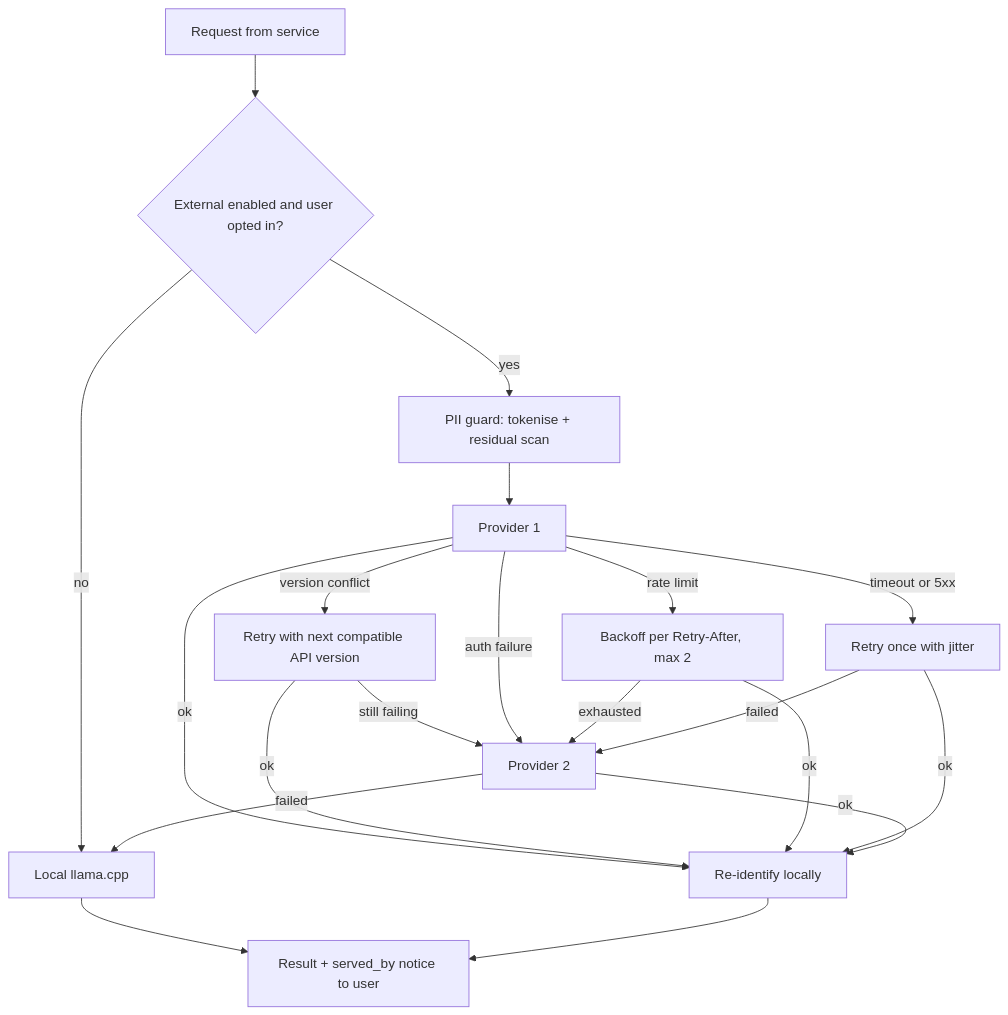
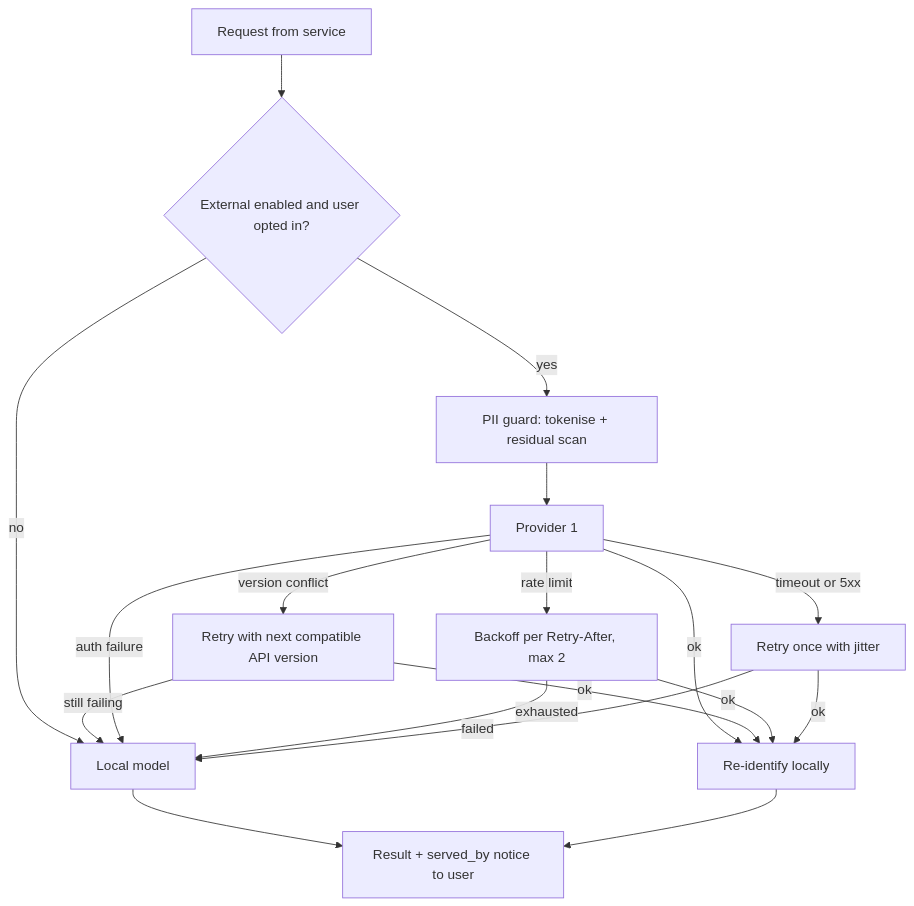
One commit to Cognition-Partner-Workshops/PerfectFitCandidate changed the fifth of 6 diagrams in PFC/docs/TDD.md. Above: the diagram before and after it, drawn with Mermaid. The commit also changed other lines of this file and 10 other files, not shown here.

````diff
--- a/PFC/docs/TDD.md
+++ b/PFC/docs/TDD.md
@@ -1272,22 +1303,20 @@
 ```mermaid
 flowchart TB
     R["Request from service"] --> P{"External enabled and user opted in?"}
     P -- no --> L["Local llama.cpp"]
     P -- yes --> M["PII guard: tokenise + residual scan"]
     M --> E1["Provider 1"]
     E1 -- ok --> RH["Re-identify locally"]
     E1 -- "version conflict" --> VC["Retry with next compatible API version"]
     VC -- ok --> RH
-    VC -- "still failing" --> E2["Provider 2"]
-    E1 -- "auth failure" --> E2
+    VC -- "still failing" --> L["Local model"]
+    E1 -- "auth failure" --> L
     E1 -- "rate limit" --> BO["Backoff per Retry-After, max 2"]
     BO -- ok --> RH
-    BO -- "exhausted" --> E2
+    BO -- "exhausted" --> L
     E1 -- "timeout or 5xx" --> RT["Retry once with jitter"]
     RT -- ok --> RH
-    RT -- "failed" --> E2
-    E2 -- ok --> RH
-    E2 -- failed --> L
+    RT -- "failed" --> L
     L --> N["Result + served_by notice to user"]
     RH --> N
 ```
````
